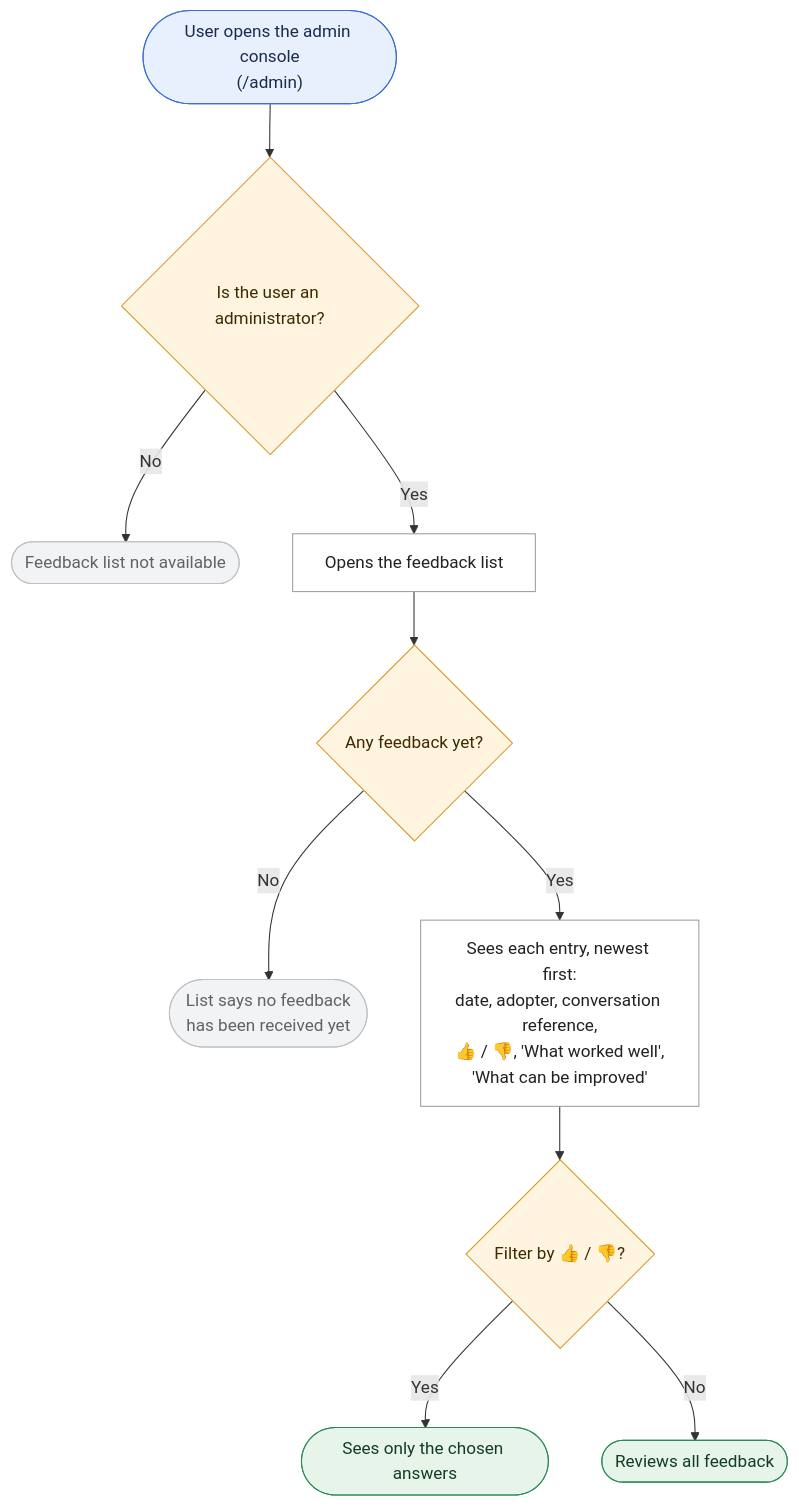
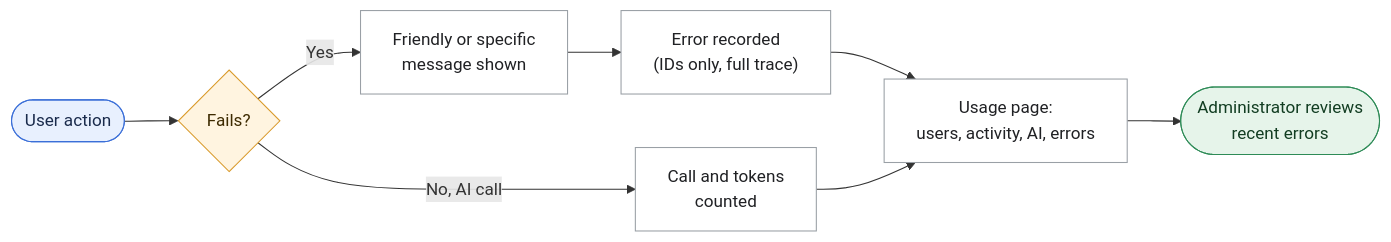
One commit to SwanandAI/diffusion-cube changed the fourth of 4 diagrams in docs/features/monitoring-logging-cleanup/requirement_monitoring_logging_cleanup.md. Above: the diagram before and after it, drawn with Mermaid. The commit also changed other lines of this file and 108 other files, not shown here.

````diff
--- a/docs/features/monitoring-logging-cleanup/requirement_monitoring_logging_cleanup.md
+++ b/docs/features/monitoring-logging-cleanup/requirement_monitoring_logging_cleanup.md
@@ -269,24 +297,20 @@
 ```mermaid
-flowchart TD
-    S(["User opens the admin console<br/>(/admin)"]) --> ROLE{"Is the user an administrator?"}
-    ROLE -->|"No"| NO(["Feedback list not available"])
-    ROLE -->|"Yes"| LIST["Opens the feedback list"]
-    LIST --> ANY{"Any feedback yet?"}
-    ANY -->|"No"| EMPTY(["List says no feedback<br/>has been received yet"])
-    ANY -->|"Yes"| VIEW["Sees each entry, newest first:<br/>date, adopter, conversation reference,<br/>👍 / 👎, 'What worked well',<br/>'What can be improved'"]
-    VIEW --> FIL{"Filter by 👍 / 👎?"}
-    FIL -->|"Yes"| FV(["Sees only the chosen answers"])
-    FIL -->|"No"| ALL(["Reviews all feedback"])
+flowchart LR
+    A(["User action"]) --> B{"Fails?"}
+    B -->|"Yes"| C["Friendly or specific<br/>message shown"]
+    C --> D["Error recorded<br/>(IDs only, full trace)"]
+    B -->|"No, AI call"| E["Call and tokens<br/>counted"]
+    D --> F["Usage page:<br/>users, activity, AI, errors"]
+    E --> F
+    F --> G(["Administrator reviews<br/>recent errors"])
 
     classDef start fill:#E8F0FE,stroke:#3B6FD8,color:#1A2B4C
     classDef decision fill:#FFF4E0,stroke:#D99A2B,color:#3D2A00
     classDef step fill:#FFFFFF,stroke:#9AA0A6,color:#202124
     classDef done fill:#E6F4EA,stroke:#2E8B57,color:#123D22
-    classDef stop fill:#F1F3F4,stroke:#BDC1C6,color:#5F6368
 
-    class S start
-    class ROLE,ANY,FIL decision
-    class LIST,VIEW step
-    class FV,ALL done
-    class NO,EMPTY stop
+    class A start
+    class B decision
+    class C,D,E,F step
+    class G done
 ```
````
